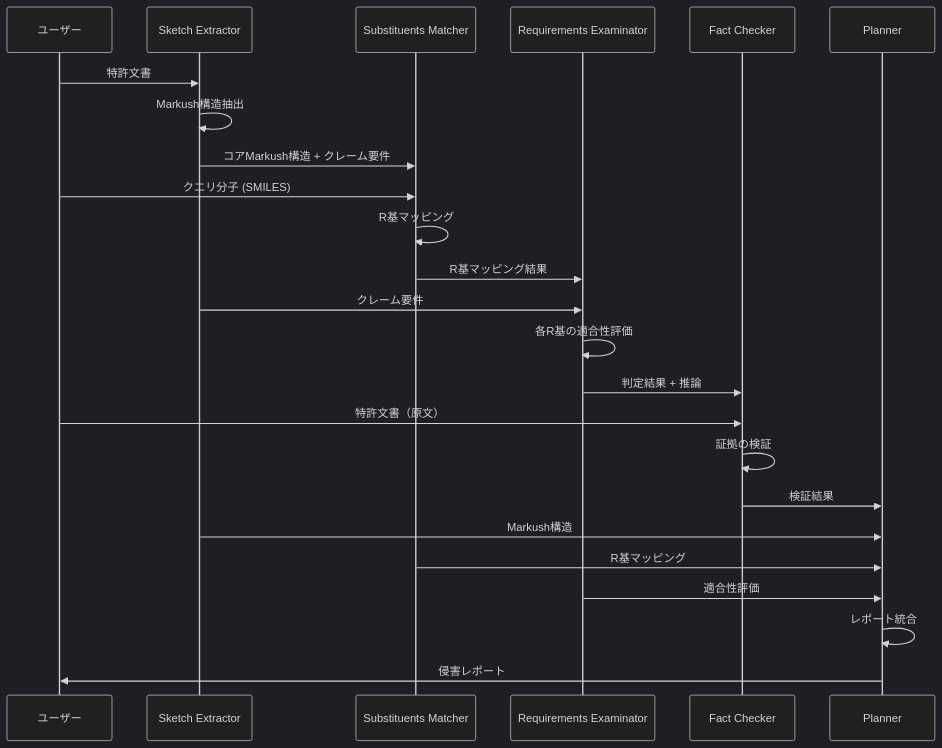
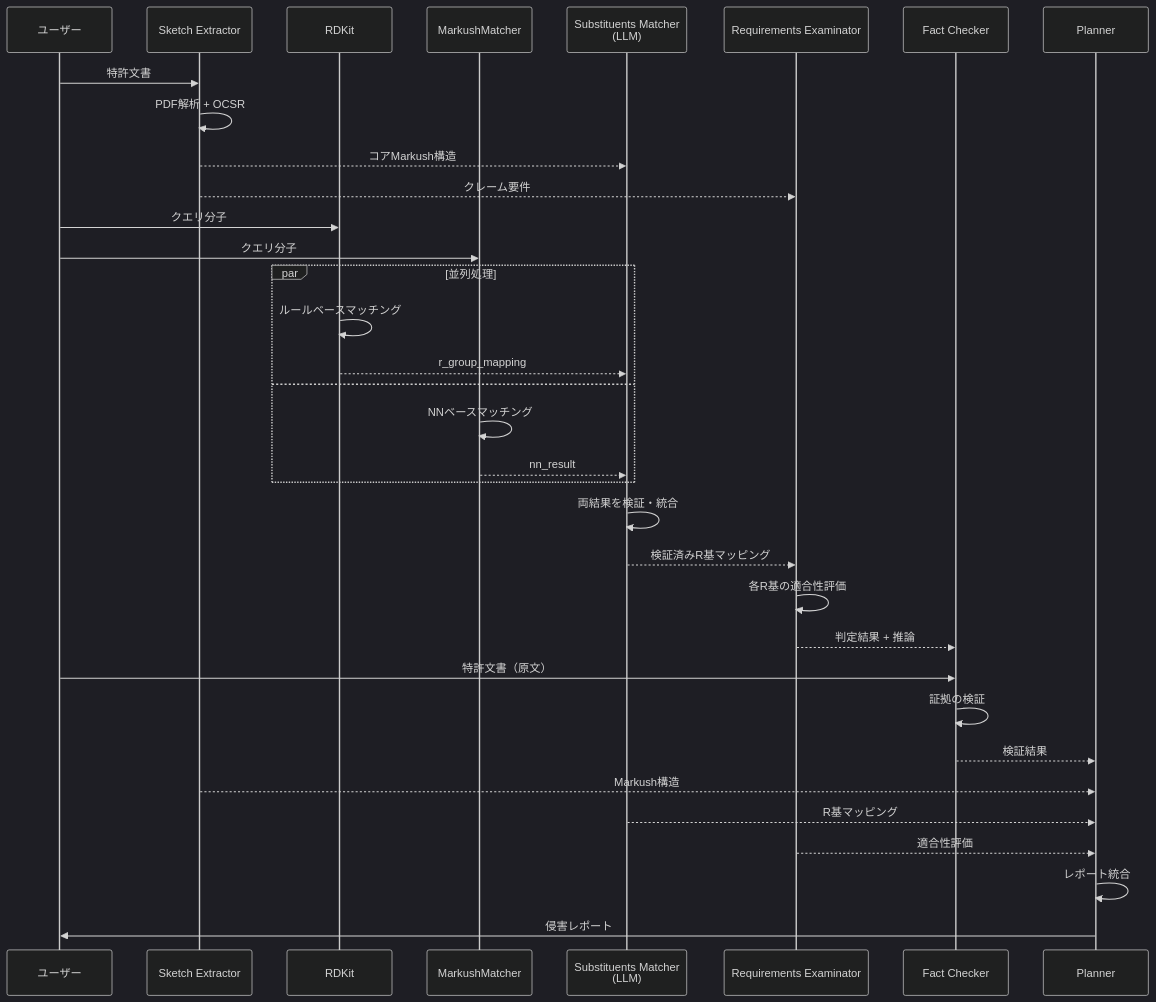
The seventh of 7 diagrams in README.md (MaTTalv001/paper_trial), drawn with Mermaid (dark theme) before and after one commit. The commit also changed other lines of this file and 2 other files, not shown here.

Commit message:
Update Substituents Matcher with dual-path architecture (RDKit + NN) and detailed README flow diagrams

````diff
--- a/README.md
+++ b/README.md
@@ -246,31 +277,43 @@
 ```mermaid
 sequenceDiagram
     participant User as ユーザー
     participant SE as Sketch Extractor
-    participant SM as Substituents Matcher
+    participant RDKit as RDKit
+    participant NN as MarkushMatcher
+    participant SM as Substituents Matcher<br/>(LLM)
     participant RE as Requirements Examinator
     participant FC as Fact Checker
     participant PL as Planner
 
     User->>SE: 特許文書
-    SE->>SE: Markush構造抽出
-    SE->>SM: コアMarkush構造 + クレーム要件
+    SE->>SE: PDF解析 + OCSR
+    SE-->>SM: コアMarkush構造
+    SE-->>RE: クレーム要件
     
-    User->>SM: クエリ分子 (SMILES)
-    SM->>SM: R基マッピング
-    SM->>RE: R基マッピング結果
+    User->>RDKit: クエリ分子
+    User->>NN: クエリ分子
     
-    SE->>RE: クレーム要件
+    par 並列処理
+        RDKit->>RDKit: ルールベースマッチング
+        RDKit-->>SM: r_group_mapping
+    and
+        NN->>NN: NNベースマッチング
+        NN-->>SM: nn_result
+    end
+    
+    SM->>SM: 両結果を検証・統合
+    SM-->>RE: 検証済みR基マッピング
+    
     RE->>RE: 各R基の適合性評価
-    RE->>FC: 判定結果 + 推論
+    RE-->>FC: 判定結果 + 推論
     
     User->>FC: 特許文書（原文）
     FC->>FC: 証拠の検証
-    FC->>PL: 検証結果
+    FC-->>PL: 検証結果
     
-    SE->>PL: Markush構造
-    SM->>PL: R基マッピング
-    RE->>PL: 適合性評価
+    SE-->>PL: Markush構造
+    SM-->>PL: R基マッピング
+    RE-->>PL: 適合性評価
     PL->>PL: レポート統合
     PL->>User: 侵害レポート
 ```
````
